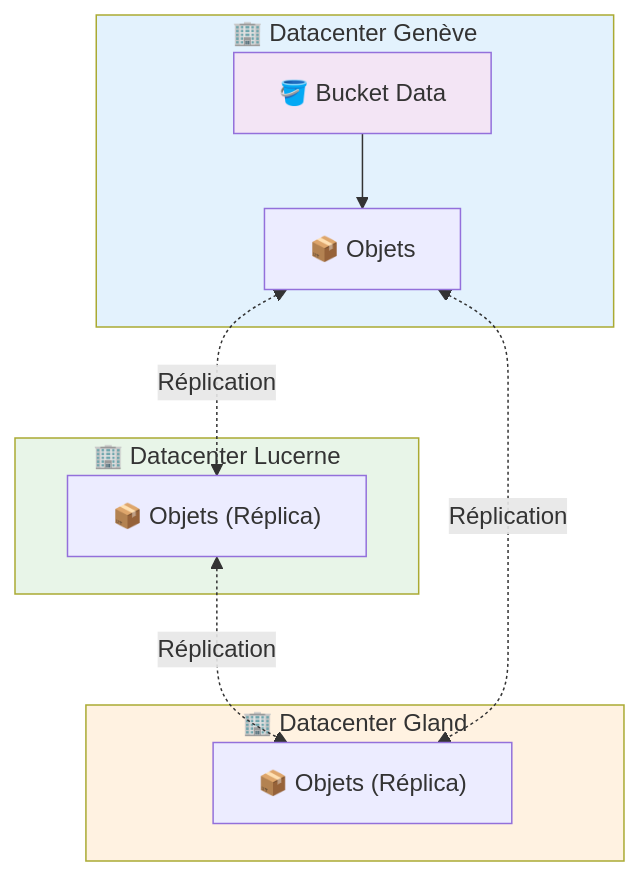
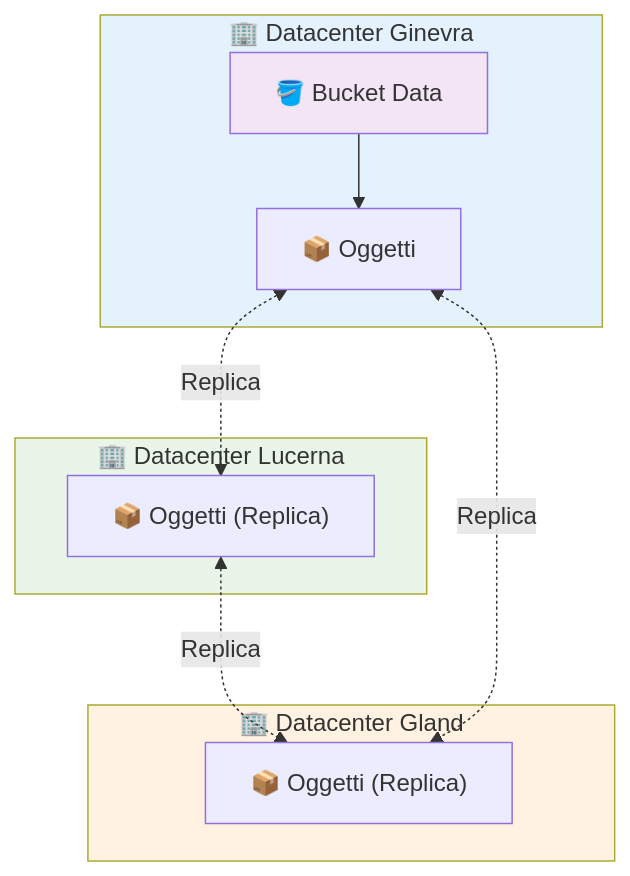
The diagram in i18n/it/docusaurus-plugin-content-docs/current/services/storage/buckets/overview.md (HidoraSwiss/hikube-public-doc), drawn with Mermaid before and after one commit. The commit also changed other lines of this file and 121 other files, not shown here.

````diff
--- a/i18n/it/docusaurus-plugin-content-docs/current/services/storage/buckets/overview.md
+++ b/i18n/it/docusaurus-plugin-content-docs/current/services/storage/buckets/overview.md
@@ -36,25 +36,25 @@
 ```mermaid
 flowchart TD
-    subgraph DC1["🏢 Datacenter Genève"]
+    subgraph DC1["🏢 Datacenter Ginevra"]
         B1["🪣 Bucket Data"]
-        S1["📦 Objets"]
+        S1["📦 Oggetti"]
     end
 
-    subgraph DC2["🏢 Datacenter Lucerne"]
-        S2["📦 Objets (Réplica)"]
+    subgraph DC2["🏢 Datacenter Lucerna"]
+        S2["📦 Oggetti (Replica)"]
     end
 
     subgraph DC3["🏢 Datacenter Gland"]
-        S3["📦 Objets (Réplica)"]
+        S3["📦 Oggetti (Replica)"]
     end
 
     B1 --> S1
-    S1 <-.->|"Réplication"| S2
-    S2 <-.->|"Réplication"| S3
-    S1 <-.->|"Réplication"| S3
+    S1 <-.->|"Replica"| S2
+    S2 <-.->|"Replica"| S3
+    S1 <-.->|"Replica"| S3
 
     style DC1 fill:#e3f2fd
     style DC2 fill:#e8f5e8
     style DC3 fill:#fff2e1
     style B1 fill:#f3e5f5
 ```
````
